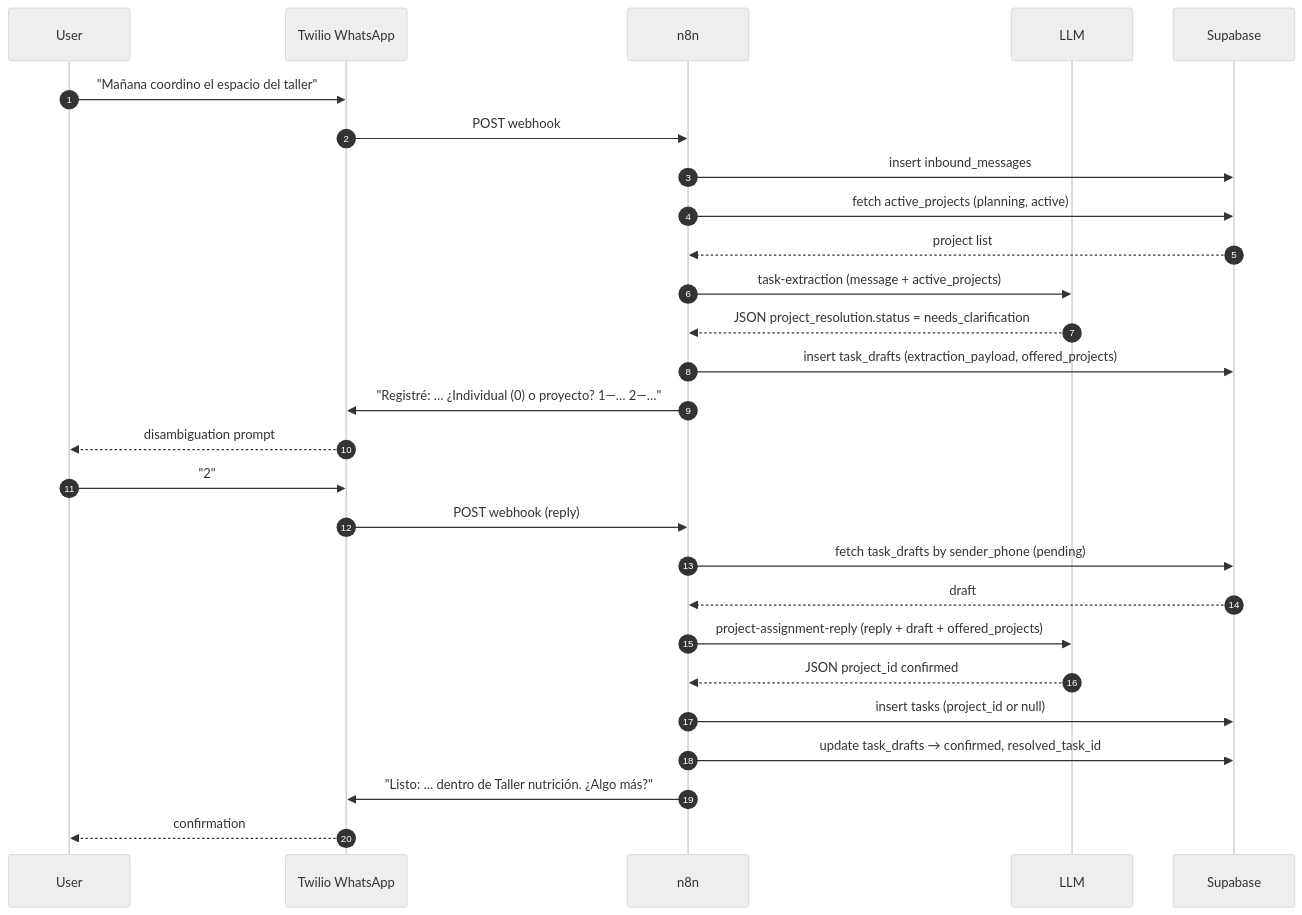
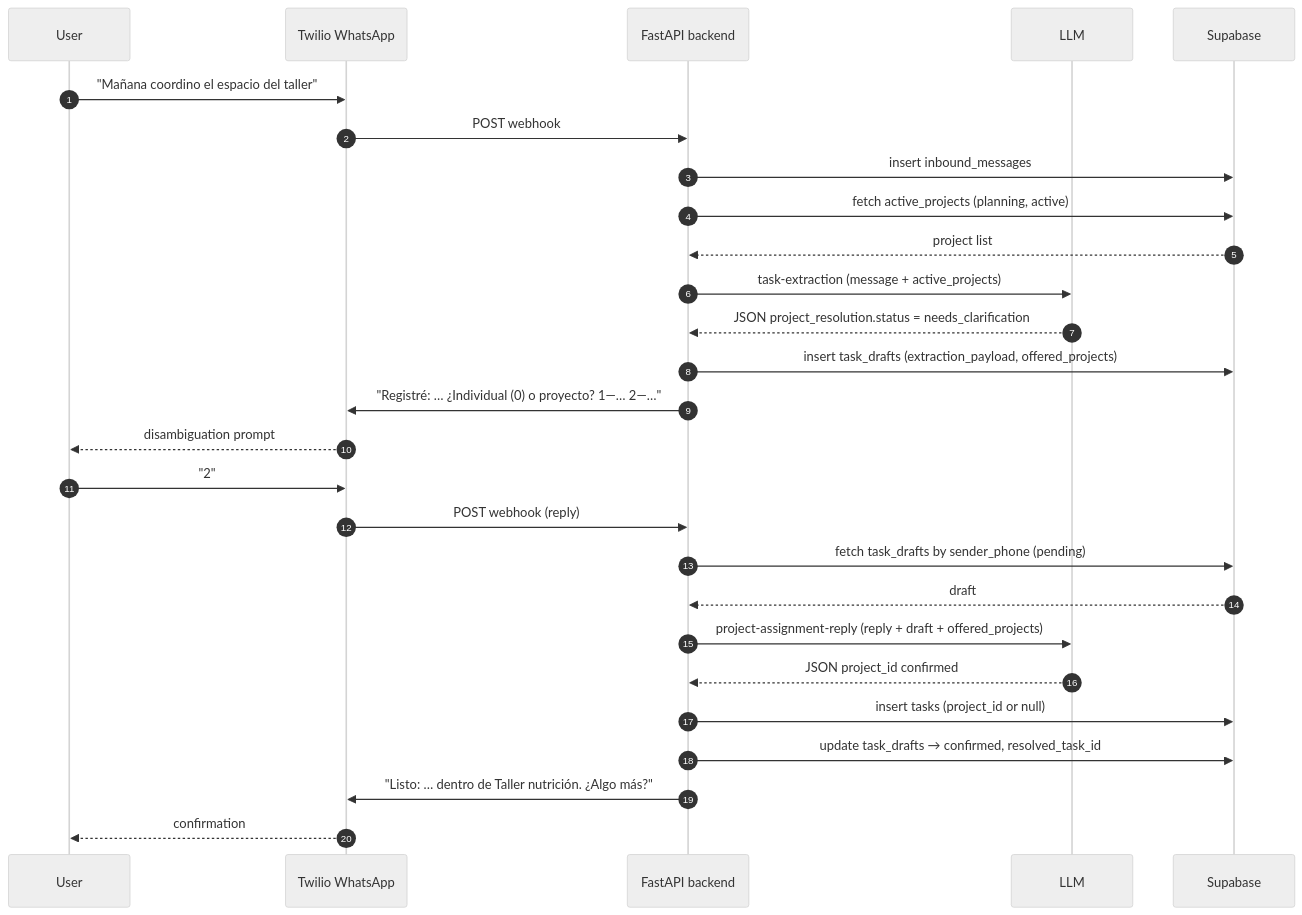
Before and after one commit to MateoBarbato/auto-mode-on: the fourth of 6 diagrams in docs/diagrams/flows.md, drawn with Mermaid (neutral theme). The commit also changed other lines of this file and 7 other files, not shown here.

First line of the commit message:
docs: pivot architecture to programmatic FastAPI pipeline (n8n scheduler-only)

````diff
--- a/docs/diagrams/flows.md
+++ b/docs/diagrams/flows.md
@@ -100,31 +100,31 @@
 ```mermaid
 sequenceDiagram
   autonumber
   participant User
   participant WhatsApp as Twilio WhatsApp
-  participant n8n
+  participant API as FastAPI backend
   participant LLM
   participant DB as Supabase
 
   User->>WhatsApp: "Mañana coordino el espacio del taller"
-  WhatsApp->>n8n: POST webhook
-  n8n->>DB: insert inbound_messages
-  n8n->>DB: fetch active_projects (planning, active)
-  DB-->>n8n: project list
-  n8n->>LLM: task-extraction (message + active_projects)
-  LLM-->>n8n: JSON project_resolution.status = needs_clarification
-  n8n->>DB: insert task_drafts (extraction_payload, offered_projects)
-  n8n->>WhatsApp: "Registré: … ¿Individual (0) o proyecto? 1—… 2—…"
+  WhatsApp->>API: POST webhook
+  API->>DB: insert inbound_messages
+  API->>DB: fetch active_projects (planning, active)
+  DB-->>API: project list
+  API->>LLM: task-extraction (message + active_projects)
+  LLM-->>API: JSON project_resolution.status = needs_clarification
+  API->>DB: insert task_drafts (extraction_payload, offered_projects)
+  API->>WhatsApp: "Registré: … ¿Individual (0) o proyecto? 1—… 2—…"
   WhatsApp-->>User: disambiguation prompt
 
   User->>WhatsApp: "2"
-  WhatsApp->>n8n: POST webhook (reply)
-  n8n->>DB: fetch task_drafts by sender_phone (pending)
-  DB-->>n8n: draft
-  n8n->>LLM: project-assignment-reply (reply + draft + offered_projects)
-  LLM-->>n8n: JSON project_id confirmed
-  n8n->>DB: insert tasks (project_id or null)
-  n8n->>DB: update task_drafts → confirmed, resolved_task_id
-  n8n->>WhatsApp: "Listo: … dentro de Taller nutrición. ¿Algo más?"
+  WhatsApp->>API: POST webhook (reply)
+  API->>DB: fetch task_drafts by sender_phone (pending)
+  DB-->>API: draft
+  API->>LLM: project-assignment-reply (reply + draft + offered_projects)
+  LLM-->>API: JSON project_id confirmed
+  API->>DB: insert tasks (project_id or null)
+  API->>DB: update task_drafts → confirmed, resolved_task_id
+  API->>WhatsApp: "Listo: … dentro de Taller nutrición. ¿Algo más?"
   WhatsApp-->>User: confirmation
 ```
````
